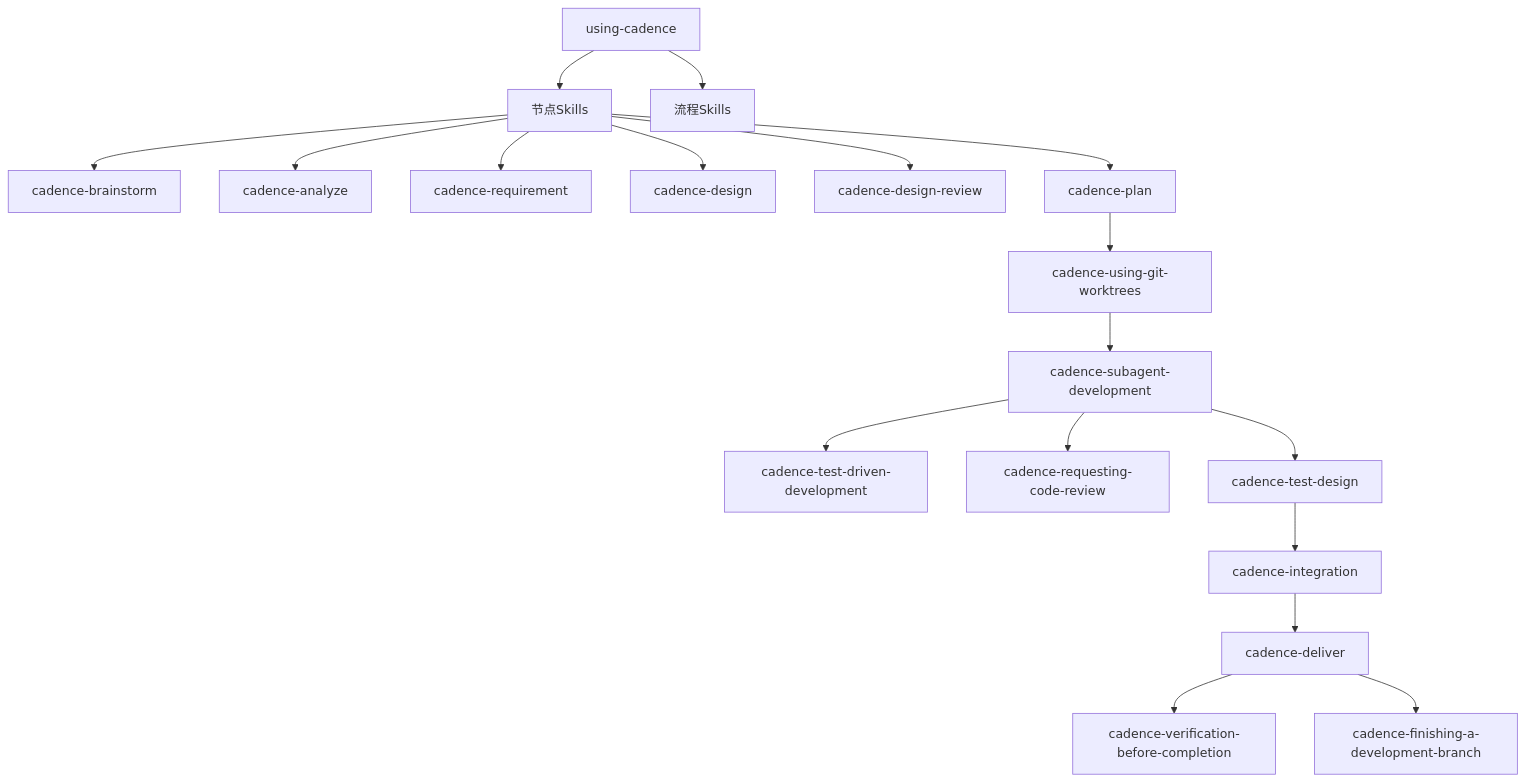
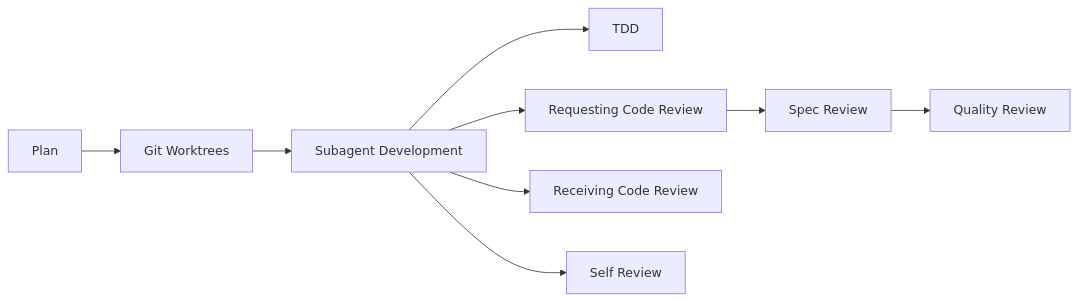
One commit to ymm512/Cadence-skills changed the sixth of 6 diagrams in .claude/designs/2026-02-25_技术方案_使用Claude_Code_Skills的AI自动化开发方案_v2.4.md. Above: the diagram before and after it, drawn with Mermaid. The commit also changed other lines of this file and 2 other files, not shown here.

````diff
--- a/.claude/designs/2026-02-25_技术方案_使用Claude_Code_Skills的AI自动化开发方案_v2.4.md
+++ b/.claude/designs/2026-02-25_技术方案_使用Claude_Code_Skills的AI自动化开发方案_v2.4.md
@@ -1046,25 +962,11 @@
 ```mermaid
-graph TB
-    A[using-cadence] --> B[节点Skills]
-    A --> C[流程Skills]
-
-    B --> D1[cadence-brainstorm]
-    B --> D2[cadence-analyze]
-    B --> D3[cadence-requirement]
-    B --> D4[cadence-design]
-    B --> D5[cadence-design-review]
-    B --> D6[cadence-plan]
-
-    D6 --> E[cadence-using-git-worktrees]
-    E --> D7[cadence-subagent-development]
-
-    D7 --> F1[cadence-test-driven-development]
-    D7 --> F2[cadence-requesting-code-review]
-
-    D7 --> D8[cadence-test-design]
-    D8 --> D9[cadence-integration]
-    D9 --> D10[cadence-deliver]
-
-    D10 --> G1[cadence-verification-before-completion]
-    D10 --> G2[cadence-finishing-a-development-branch]
+graph LR
+    A[Plan] --> B[Git Worktrees]
+    B --> C[Subagent Development]
+    C --> D1[TDD]
+    C --> D2[Requesting Code Review]
+    C --> D3[Receiving Code Review]
+    C --> D4[Self Review]
+    D2 --> E[Spec Review]
+    E --> F[Quality Review]
 ```
````
